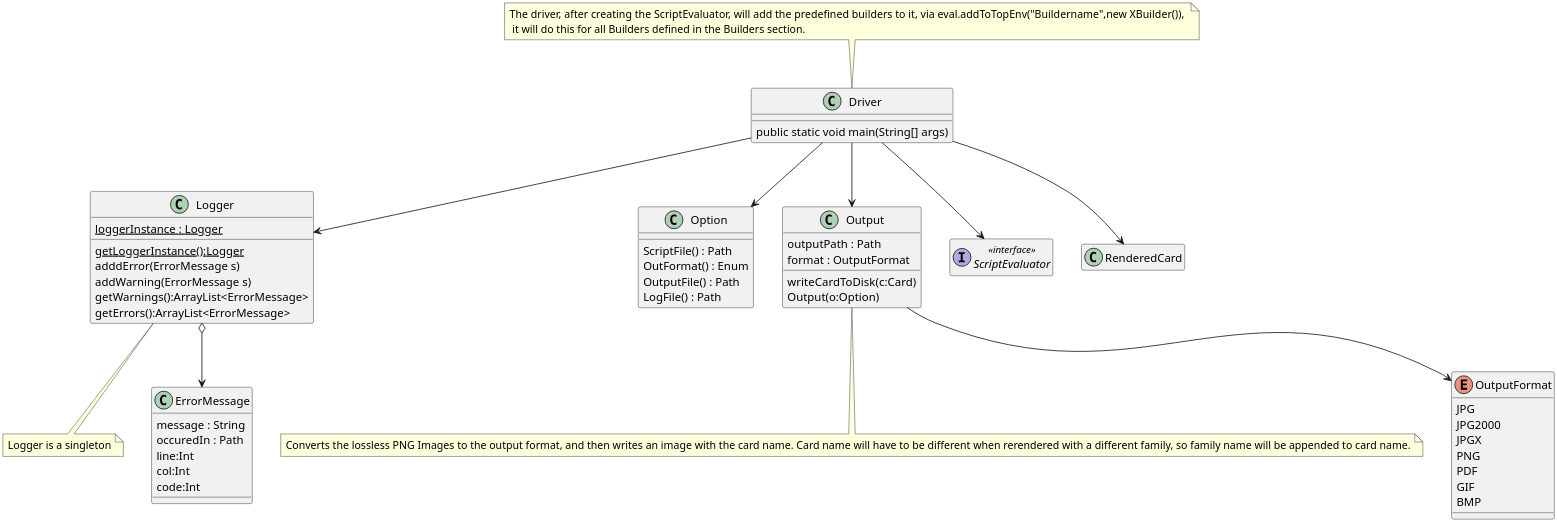
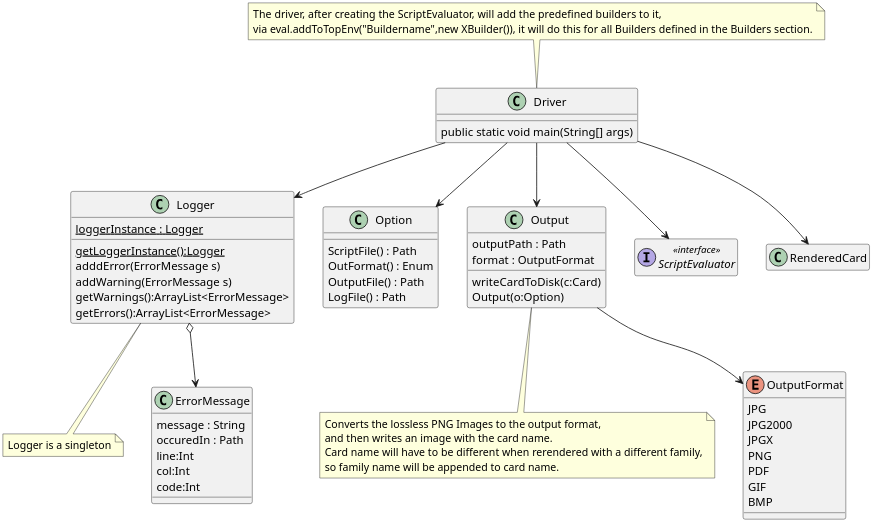
One commit to MatthewBregg/DesignPatternsRepo changed the diagram in Structure/Driver.org. Above: the diagram before and after it, drawn with PlantUML. The commit also changed 1 other file, not shown here.

Commit message:
Shrunk driver

```diff
--- a/Structure/Driver.org
+++ b/Structure/Driver.org
@@ -95,72 +95,80 @@
 #+BEGIN_SRC plantuml :file DriverUML.png
 skinparam dpi 300
 
 class Logger
 Logger : {static} loggerInstance : Logger
 Logger : {static} getLoggerInstance():Logger
 Logger : adddError(ErrorMessage s)
 Logger : addWarning(ErrorMessage s)
 Logger : getWarnings():ArrayList<ErrorMessage>
 Logger : getErrors():ArrayList<ErrorMessage>
 note bottom : Logger is a singleton 
 
 
 
 class ErrorMessage
 ErrorMessage : message : String
 ErrorMessage : occuredIn : Path
 ErrorMessage : line:Int
 ErrorMessage : col:Int
 ErrorMessage : code:Int
 
 Logger o--> ErrorMessage 
 
 class Option
 Option : ScriptFile() : Path
 Option : OutFormat() : Enum
 Option : OutputFile() : Path
 Option : LogFile() : Path
 
 class Output
 Output : outputPath : Path
 Output : format : OutputFormat
 Output : writeCardToDisk(c:Card)
 Output : Output(o:Option)
-note bottom : Converts the lossless PNG Images to the output format, and then writes an image with the card name. Card name will have to be different when rerendered with a different family, so family name will be appended to card name.
+note bottom of Output
+ Converts the lossless PNG Images to the output format,
+ and then writes an image with the card name.
+ Card name will have to be different when rerendered with a different family,
+ so family name will be appended to card name.
+end note
 
 
 enum OutputFormat {
   JPG
   JPG2000
   JPGX
   PNG
   PDF
   GIF
   BMP
 }
 
 class Driver
 Driver : public static void main(String[] args)
 
-note top : The driver, after creating the ScriptEvaluator, will add the predefined builders to it, via eval.addToTopEnv("Buildername",new XBuilder()), \n it will do this for all Builders defined in the Builders section.
+note top of Driver 
+ The driver, after creating the ScriptEvaluator, will add the predefined builders to it,
+ via eval.addToTopEnv("Buildername",new XBuilder()), it will do this for all Builders defined in the Builders section.
+end note
 
 Output --> OutputFormat
 
 interface ScriptEvaluator << interface >>
 hide ScriptEvaluator methods
 hide ScriptEvaluator members
 
 class RenderedCard
 hide RenderedCard methods
 hide RenderedCard members
 
 Driver --> Output
 Driver --> ScriptEvaluator
 Driver --> Option
 Driver --> Logger
 Driver --> RenderedCard
   
 
 
 
 #+END_SRC
```
